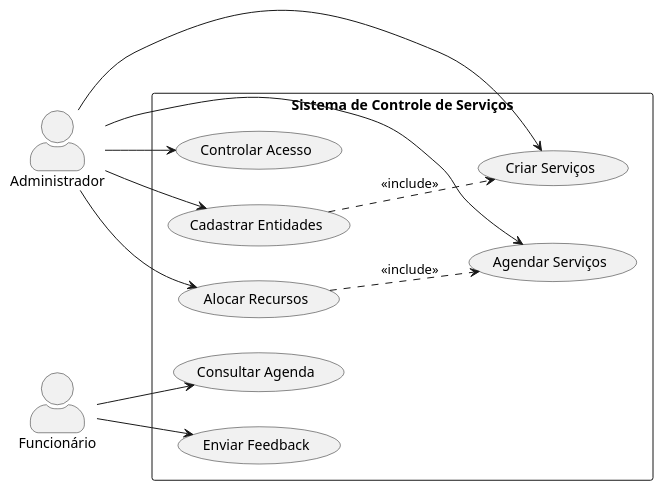
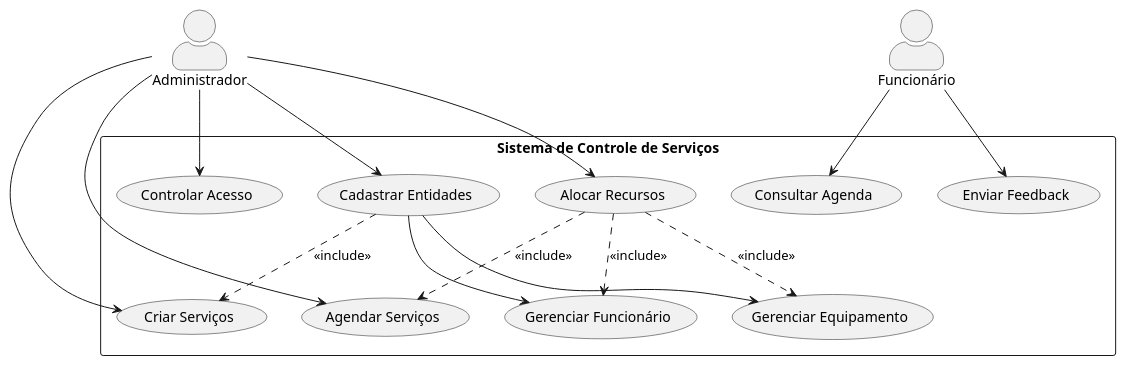
Before and after one commit to IcoEzequiel/2PiStudio_EstSuper: the diagram in Documentação/DiagramaCasoUso.puml, drawn with PlantUML. The commit also changed 4 other files, not shown here.

```diff
--- a/Documentação/DiagramaCasoUso.puml
+++ b/Documentação/DiagramaCasoUso.puml
@@ -1,42 +1,40 @@
 @startuml
 
 'Atores
-left to right direction
 skinparam actorStyle awesome
 actor "Administrador" as Admin
 actor "Funcionário" as Func
-
-' rectangle "Sistema de Controle de Serviços" {
-'     Administrador -- (Cadastrar Entidades)
-'     Administrador -- (Criar Projetos)
-'     Administrador -- (Alocar Recursos)
-'     Administrador -- (Agendar Serviços)
-'     Administrador -- (Controlar Acesso)
-'     Funcionário -- (Enviar Feedback)
-' }
 
 'Verbos
 rectangle "Sistema de Controle de Serviços" {
   
   usecase "Cadastrar Entidades" as RF1
   usecase "Criar Serviços" as RF2
   usecase "Alocar Recursos" as RF3
   usecase "Agendar Serviços" as RF4
   usecase "Controlar Acesso" as RF5
   usecase "Enviar Feedback" as RF6
   usecase "Consultar Agenda" as RF7
+  usecase "Gerenciar Funcionário" as RF8
+  usecase "Gerenciar Equipamento" as RF9
+
 
 }
 
 Admin --> RF1
 Admin --> RF2
 Admin --> RF3
 Admin --> RF4
 Admin --> RF5
 
 Func --> RF6
 Func --> RF7
 
+RF1 --> RF8
+RF1 --> RF9
+
 RF1 ..> RF2 : <<include>>
 RF3 ..> RF4 : <<include>>
+RF3 ..> RF8 : <<include>>
+RF3 ..> RF9 : <<include>>
 @enduml
```
